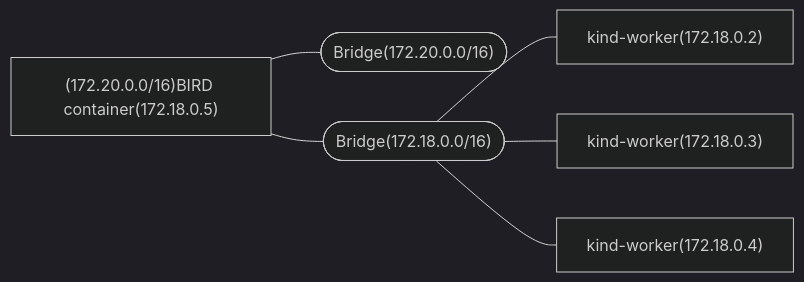
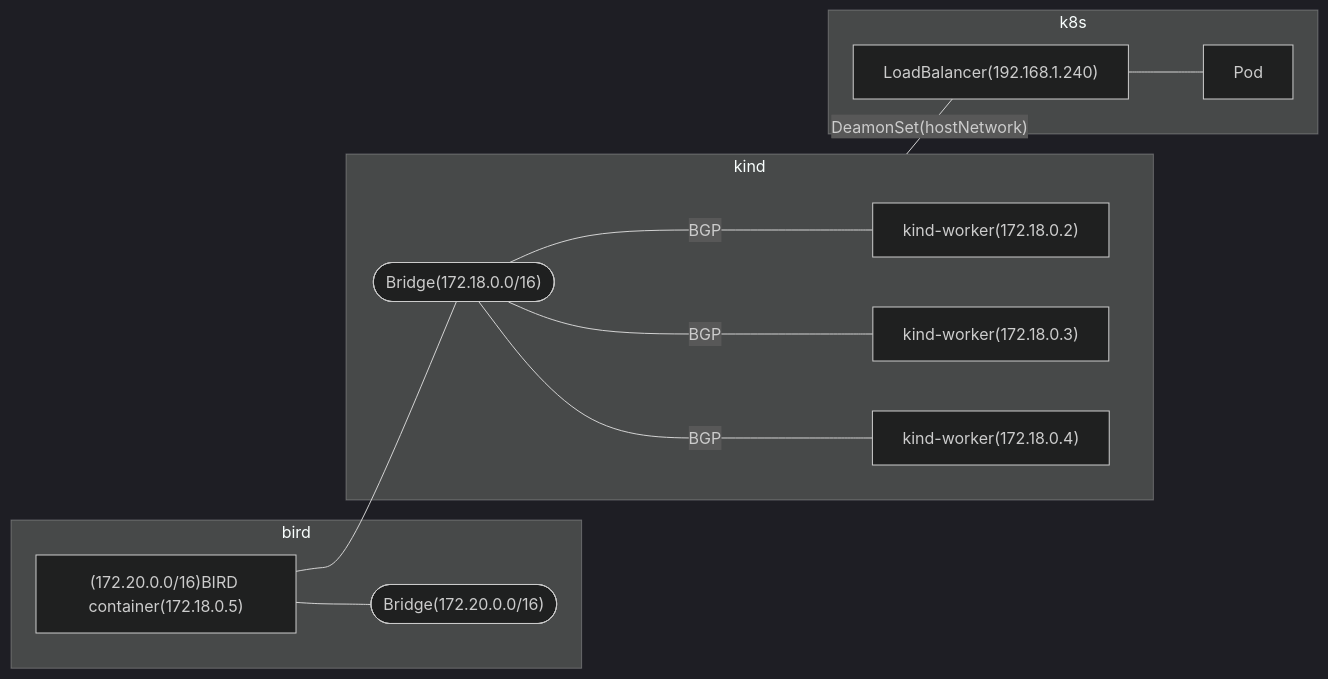
Before and after one commit to YZ775/k8s-BGP-reaserch: the diagram in README.md, drawn with Mermaid (dark theme).

````diff
--- a/README.md
+++ b/README.md
@@ -1,8 +1,17 @@
 ```mermaid
 graph LR
-A["(172.20.0.0/16)BIRD container(172.18.0.5)"]---Y(["Bridge(172.20.0.0/16)"])
-A---X(["Bridge(172.18.0.0/16)"])
-X---B["kind-worker(172.18.0.2)"]
-X---C["kind-worker(172.18.0.3)"]
-X---D["kind-worker(172.18.0.4)"]
+subgraph bird
+    A["(172.20.0.0/16)BIRD container(172.18.0.5)"]---Y(["Bridge(172.20.0.0/16)"])
+end
+    A---X(["Bridge(172.18.0.0/16)"])
+
+subgraph kind
+    X---|BGP|B["kind-worker(172.18.0.2)"]
+    X---|BGP|C["kind-worker(172.18.0.3)"]
+    X---|BGP|D["kind-worker(172.18.0.4)"]
+end
+subgraph k8s
+    E["LoadBalancer(192.168.1.240)"]---F["Pod"]
+end
+kind---|"DeamonSet(hostNetwork)"|E
 ```
````
